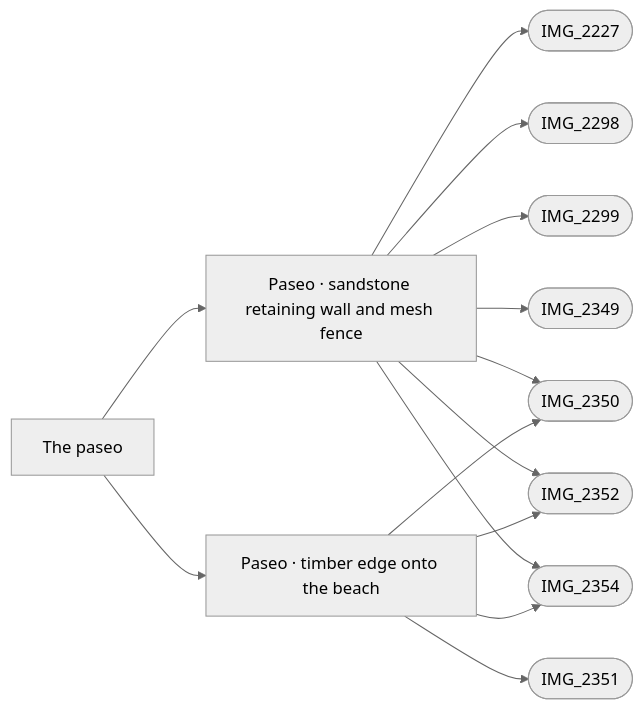
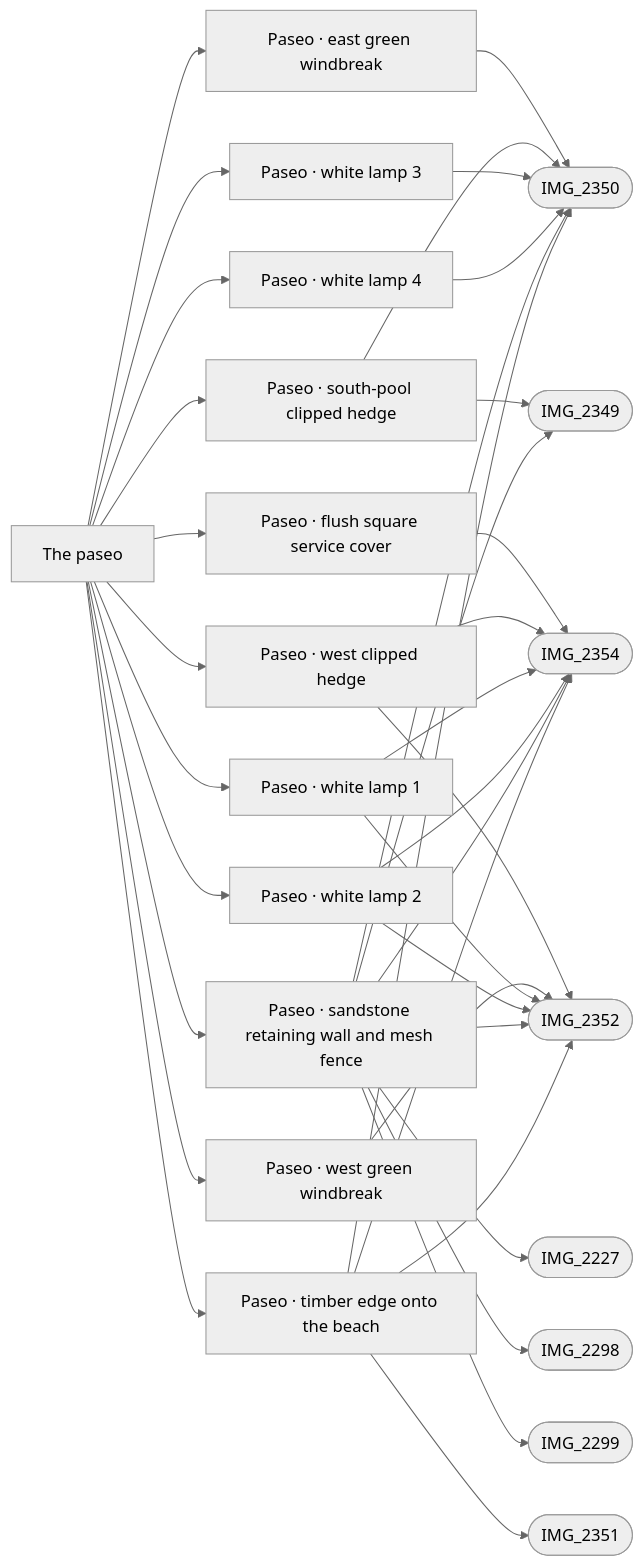
One commit to daveyboyc/villacana-venture changed the diagram in refs/areas/paseo.md. Above: the diagram before and after it, drawn with Mermaid (neutral theme). The commit also changed other lines of this file and 23 other files, not shown here.

````diff
--- a/refs/areas/paseo.md
+++ b/refs/areas/paseo.md
@@ -40,17 +41,39 @@
 ```mermaid
 graph LR
   A["The paseo"]
-  A --> F0["Paseo · sandstone retaining wall and mesh fence"]
-  F0 --> PIMG_2227_jpg(["IMG_2227"])
-  F0 --> PIMG_2298_jpg(["IMG_2298"])
-  F0 --> PIMG_2299_jpg(["IMG_2299"])
-  F0 --> PIMG_2349_jpg(["IMG_2349"])
+  A --> F0["Paseo · east green windbreak"]
   F0 --> PIMG_2350_jpg(["IMG_2350"])
-  F0 --> PIMG_2352_jpg(["IMG_2352"])
-  F0 --> PIMG_2354_jpg(["IMG_2354"])
-  A --> F1["Paseo · timber edge onto the beach"]
+  A --> F1["Paseo · south-pool clipped hedge"]
+  F1 --> PIMG_2349_jpg(["IMG_2349"])
   F1 --> PIMG_2350_jpg(["IMG_2350"])
-  F1 --> PIMG_2351_jpg(["IMG_2351"])
-  F1 --> PIMG_2352_jpg(["IMG_2352"])
-  F1 --> PIMG_2354_jpg(["IMG_2354"])
+  A --> F2["Paseo · flush square service cover"]
+  F2 --> PIMG_2354_jpg(["IMG_2354"])
+  A --> F3["Paseo · west clipped hedge"]
+  F3 --> PIMG_2352_jpg(["IMG_2352"])
+  F3 --> PIMG_2354_jpg(["IMG_2354"])
+  A --> F4["Paseo · west green windbreak"]
+  F4 --> PIMG_2352_jpg(["IMG_2352"])
+  A --> F5["Paseo · white lamp 1"]
+  F5 --> PIMG_2352_jpg(["IMG_2352"])
+  F5 --> PIMG_2354_jpg(["IMG_2354"])
+  A --> F6["Paseo · white lamp 2"]
+  F6 --> PIMG_2352_jpg(["IMG_2352"])
+  F6 --> PIMG_2354_jpg(["IMG_2354"])
+  A --> F7["Paseo · white lamp 3"]
+  F7 --> PIMG_2350_jpg(["IMG_2350"])
+  A --> F8["Paseo · white lamp 4"]
+  F8 --> PIMG_2350_jpg(["IMG_2350"])
+  A --> F9["Paseo · sandstone retaining wall and mesh fence"]
+  F9 --> PIMG_2227_jpg(["IMG_2227"])
+  F9 --> PIMG_2298_jpg(["IMG_2298"])
+  F9 --> PIMG_2299_jpg(["IMG_2299"])
+  F9 --> PIMG_2349_jpg(["IMG_2349"])
+  F9 --> PIMG_2350_jpg(["IMG_2350"])
+  F9 --> PIMG_2352_jpg(["IMG_2352"])
+  F9 --> PIMG_2354_jpg(["IMG_2354"])
+  A --> F10["Paseo · timber edge onto the beach"]
+  F10 --> PIMG_2350_jpg(["IMG_2350"])
+  F10 --> PIMG_2351_jpg(["IMG_2351"])
+  F10 --> PIMG_2352_jpg(["IMG_2352"])
+  F10 --> PIMG_2354_jpg(["IMG_2354"])
 ```
````
